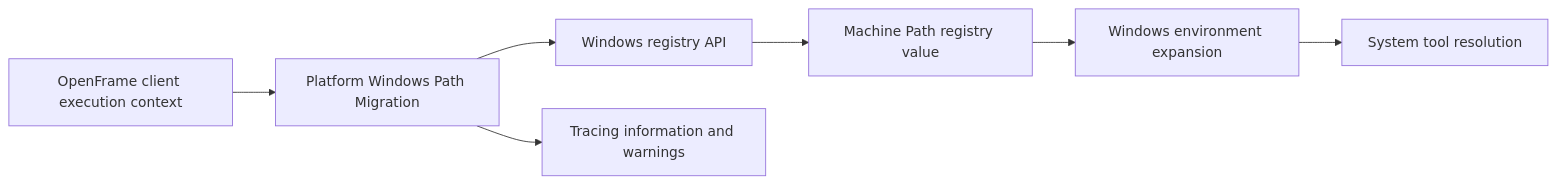
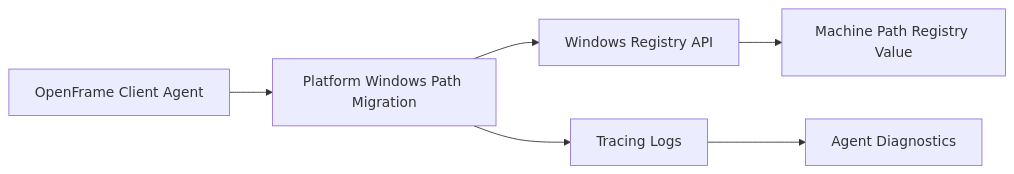
One commit to flamingo-stack/openframe-oss-tenant changed the first of 4 diagrams in docs/reference/architecture/openframe-client-core/platform-windows-path-migration/platform-windows-path-migration.md. Above: the diagram before and after it, drawn with Mermaid. The commit also changed other lines of this file and 2377 other files, not shown here.

````diff
--- a/docs/reference/architecture/openframe-client-core/platform-windows-path-migration/platform-windows-path-migration.md
+++ b/docs/reference/architecture/openframe-client-core/platform-windows-path-migration/platform-windows-path-migration.md
@@ -21,9 +22,8 @@
 ```mermaid
 flowchart LR
-    AgentStartup["OpenFrame client execution context"] --> Migration["Platform Windows Path Migration"]
-    Migration --> RegistryApi["Windows registry API"]
-    RegistryApi --> MachinePath["Machine Path registry value"]
-    Migration --> TraceLog["Tracing information and warnings"]
-    MachinePath --> WindowsResolver["Windows environment expansion"]
-    WindowsResolver --> SystemTools["System tool resolution"]
+    ClientHost["OpenFrame Client Agent"] --> Migration["Platform Windows Path Migration"]
+    Migration --> RegistryApi["Windows Registry API"]
+    RegistryApi --> MachinePath["Machine Path Registry Value"]
+    Migration --> Tracing["Tracing Logs"]
+    Tracing --> Operator["Agent Diagnostics"]
 ```
````
